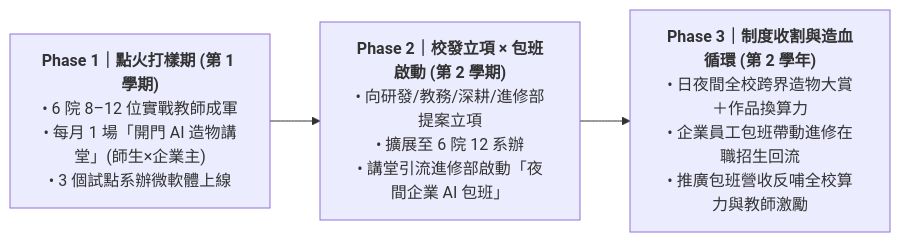
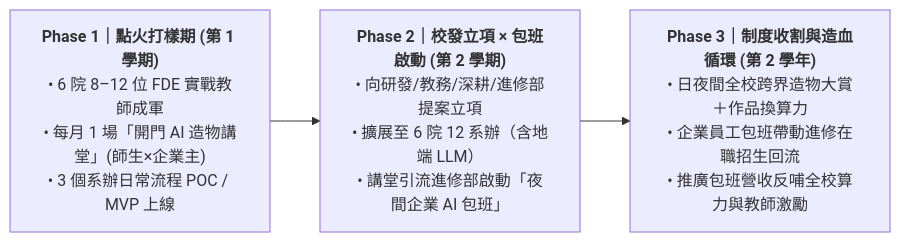
The fourth of 4 diagrams in README.md (nutcelvischen-jpg/nutc-ai-open-door), drawn with Mermaid before and after one commit. The commit also changed other lines of this file and 4 other files, not shown here.

Commit message:
feat: add Forward Deployed Engineering strategy, Local LLM, Dept POC/MVP, and live award/repo benchmarks

````diff
--- a/README.md
+++ b/README.md
@@ -110,8 +121,8 @@
 ```mermaid
 flowchart LR
-    PH1["<b>Phase 1｜點火打樣期 (第 1 學期)</b><br/>• 6 院 8–12 位實戰教師成軍<br/>• 每月 1 場「開門 AI 造物講堂」(師生×企業主)<br/>• 3 個試點系辦微軟體上線"]
-    PH2["<b>Phase 2｜校發立項 × 包班啟動 (第 2 學期)</b><br/>• 向研發/教務/深耕/進修部提案立項<br/>• 擴展至 6 院 12 系辦<br/>• 講堂引流進修部啟動「夜間企業 AI 包班」"]
+    PH1["<b>Phase 1｜點火打樣期 (第 1 學期)</b><br/>• 6 院 8–12 位 FDE 實戰教師成軍<br/>• 每月 1 場「開門 AI 造物講堂」(師生×企業主)<br/>• 3 個系辦日常流程 POC / MVP 上線"]
+    PH2["<b>Phase 2｜校發立項 × 包班啟動 (第 2 學期)</b><br/>• 向研發/教務/深耕/進修部提案立項<br/>• 擴展至 6 院 12 系辦（含地端 LLM）<br/>• 講堂引流進修部啟動「夜間企業 AI 包班」"]
     PH3["<b>Phase 3｜制度收割與造血循環 (第 2 學年)</b><br/>• 日夜間全校跨界造物大賞＋作品換算力<br/>• 企業員工包班帶動進修在職招生回流<br/>• 推廣包班營收反哺全校算力與教師激勵"]
 
     PH1 --> PH2 --> PH3
 ```
````
